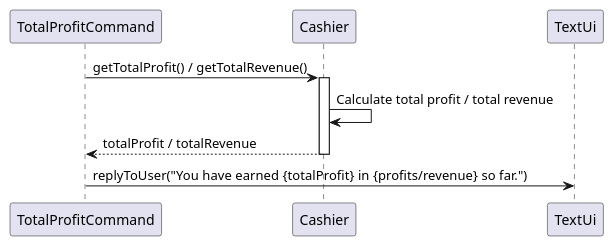
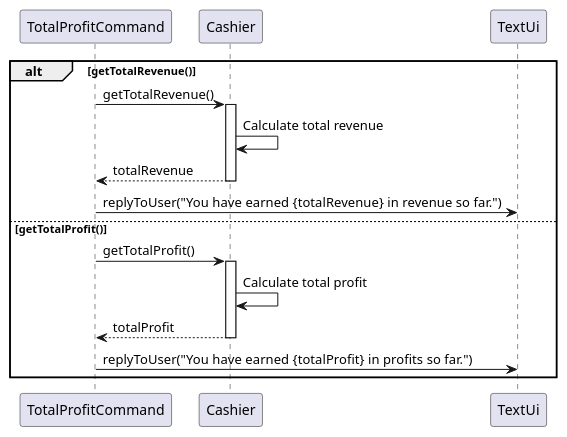
One commit to LowTL/tp changed the diagram in docs/Diagrams/PUML files/Cashier/TotalProfitCommand_SequenceDiagram.puml. Above: the diagram before and after it, drawn with PlantUML. The commit also changed 11 other files, not shown here.

```diff
--- a/docs/Diagrams/PUML files/Cashier/TotalProfitCommand_SequenceDiagram.puml
+++ b/docs/Diagrams/PUML files/Cashier/TotalProfitCommand_SequenceDiagram.puml
@@ -1,13 +1,23 @@
 @startuml
 participant TotalProfitCommand
 participant Cashier
 participant TextUi
 
-TotalProfitCommand -> Cashier: getTotalProfit() / getTotalRevenue()
-activate Cashier
-Cashier -> Cashier: Calculate total profit / total revenue
-Cashier --> TotalProfitCommand: totalProfit / totalRevenue
-deactivate Cashier
-TotalProfitCommand -> TextUi: replyToUser("You have earned {totalProfit} in {profits/revenue} so far.")
+alt getTotalRevenue()
+    TotalProfitCommand -> Cashier: getTotalRevenue()
+    activate Cashier
+    Cashier -> Cashier: Calculate total revenue
+    Cashier --> TotalProfitCommand: totalRevenue
+    deactivate Cashier
+    TotalProfitCommand -> TextUi: replyToUser("You have earned {totalRevenue} in revenue so far.")
+else getTotalProfit()
+    TotalProfitCommand -> Cashier: getTotalProfit()
+    activate Cashier
+    Cashier -> Cashier: Calculate total profit
+    Cashier --> TotalProfitCommand: totalProfit
+    deactivate Cashier
+    TotalProfitCommand -> TextUi: replyToUser("You have earned {totalProfit} in profits so far.")
+end
+
 
 @enduml
```
